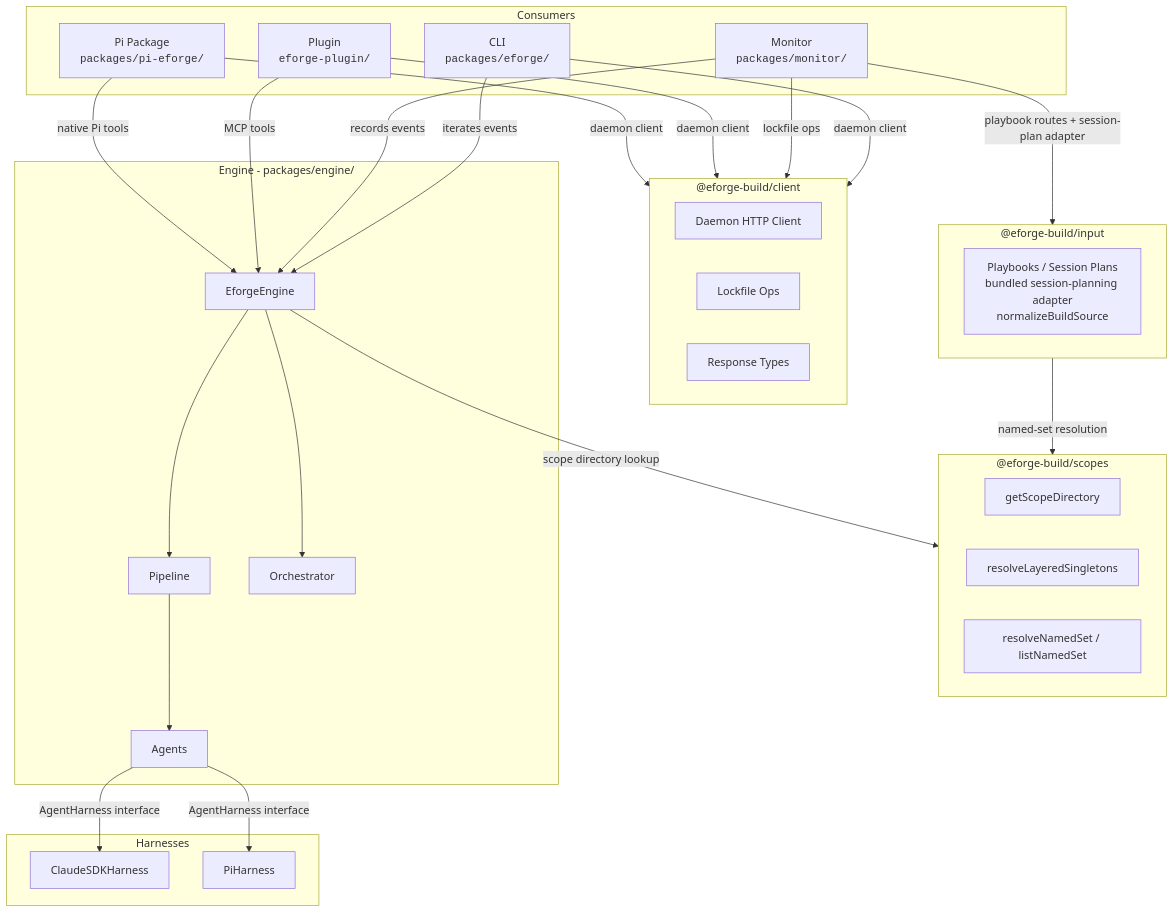
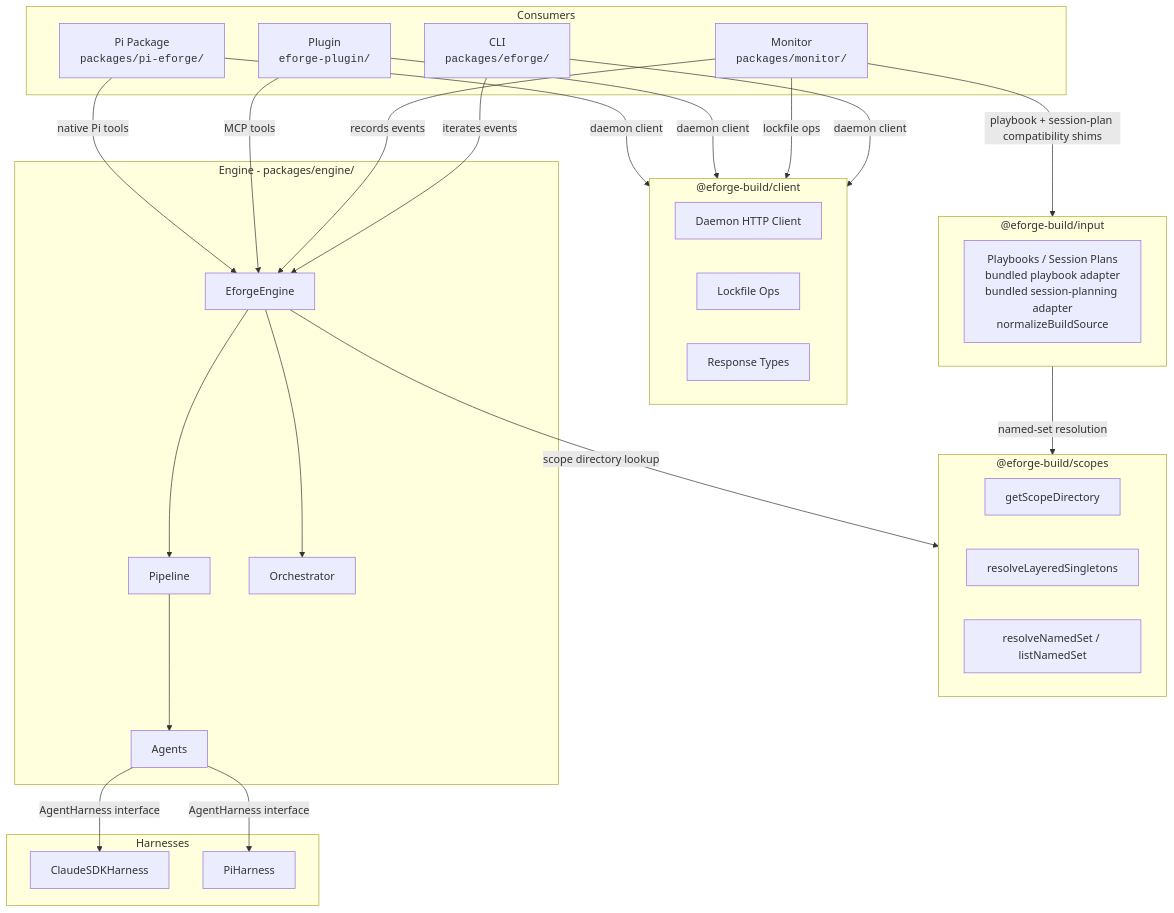
Before and after one commit to eforge-build/eforge: the first of 4 diagrams in docs/architecture.md, drawn with Mermaid. The commit also changed other lines of this file and 23 other files, not shown here.

First line of the commit message:
feat(plan-01-playbook-workflow-adapter): Add Bundled Playbook Workflow Adapter

````diff
--- a/docs/architecture.md
+++ b/docs/architecture.md
@@ -13,54 +13,54 @@
 ```mermaid
 graph TD
     subgraph Consumers
         CLI["CLI<br/><code>packages/eforge/</code>"]
         Monitor["Monitor<br/><code>packages/monitor/</code>"]
         Plugin["Plugin<br/><code>eforge-plugin/</code>"]
         PiPkg["Pi Package<br/><code>packages/pi-eforge/</code>"]
     end
 
     subgraph Client ["@eforge-build/client"]
         DaemonClient["Daemon HTTP Client"]
         LockfileOps["Lockfile Ops"]
         ResponseTypes["Response Types"]
     end
 
     subgraph Input ["@eforge-build/input"]
-        InputArtifacts["Playbooks / Session Plans<br/>bundled session-planning adapter<br/>normalizeBuildSource"]
+        InputArtifacts["Playbooks / Session Plans<br/>bundled playbook adapter<br/>bundled session-planning adapter<br/>normalizeBuildSource"]
     end
 
     subgraph Scopes ["@eforge-build/scopes"]
         ScopeDir["getScopeDirectory"]
         LayeredSingleton["resolveLayeredSingletons"]
         NamedSet["resolveNamedSet / listNamedSet"]
     end
 
     subgraph Engine ["Engine - packages/engine/"]
         EforgeEngine["EforgeEngine"]
         Pipeline["Pipeline"]
         Orchestrator["Orchestrator"]
         Agents["Agents"]
     end
 
     subgraph Harnesses
         Claude["ClaudeSDKHarness"]
         Pi["PiHarness"]
     end
 
     CLI -->|"daemon client"| Client
     Monitor -->|"lockfile ops"| Client
     Plugin -->|"daemon client"| Client
     PiPkg -->|"daemon client"| Client
     CLI -->|"iterates events"| EforgeEngine
     Monitor -->|"records events"| EforgeEngine
-    Monitor -->|"playbook routes + session-plan adapter"| Input
+    Monitor -->|"playbook + session-plan compatibility shims"| Input
     Plugin -->|"MCP tools"| EforgeEngine
     PiPkg -->|"native Pi tools"| EforgeEngine
     EforgeEngine --> Pipeline
     EforgeEngine --> Orchestrator
     EforgeEngine -->|"scope directory lookup"| Scopes
     Input -->|"named-set resolution"| Scopes
     Pipeline --> Agents
     Agents -->|"AgentHarness interface"| Claude
     Agents -->|"AgentHarness interface"| Pi
 ```
````
